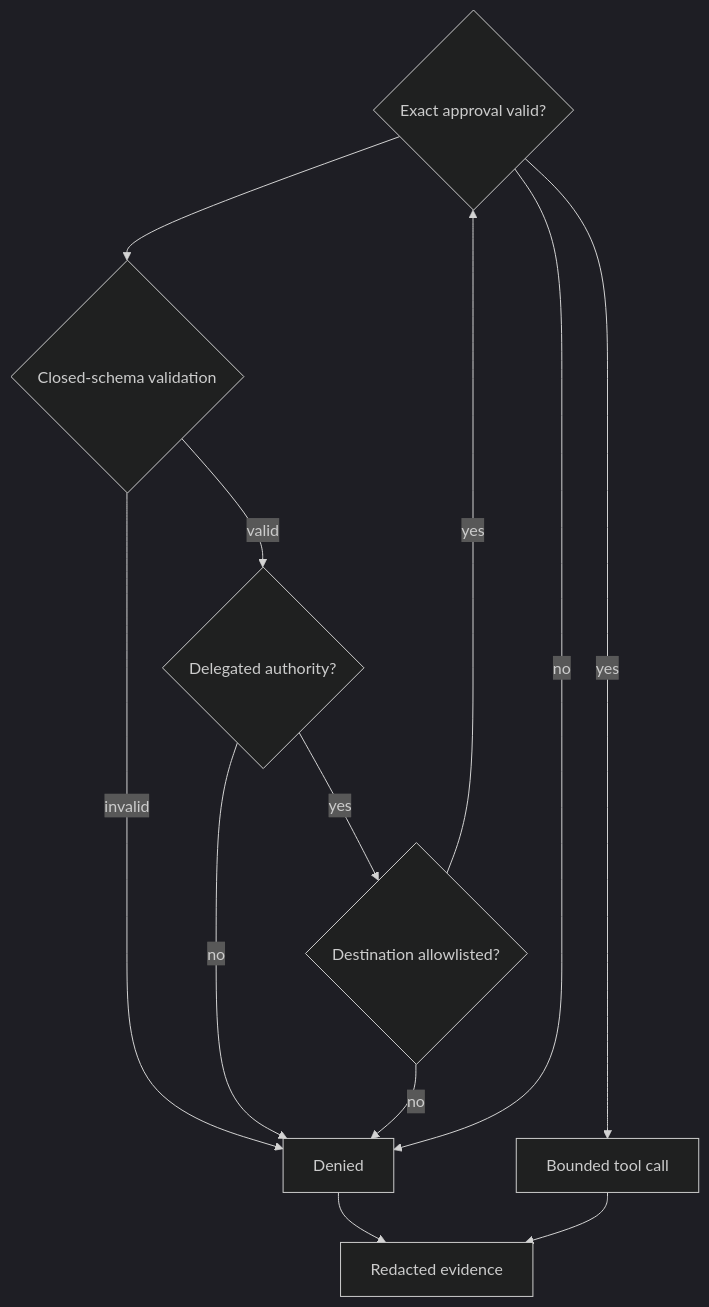
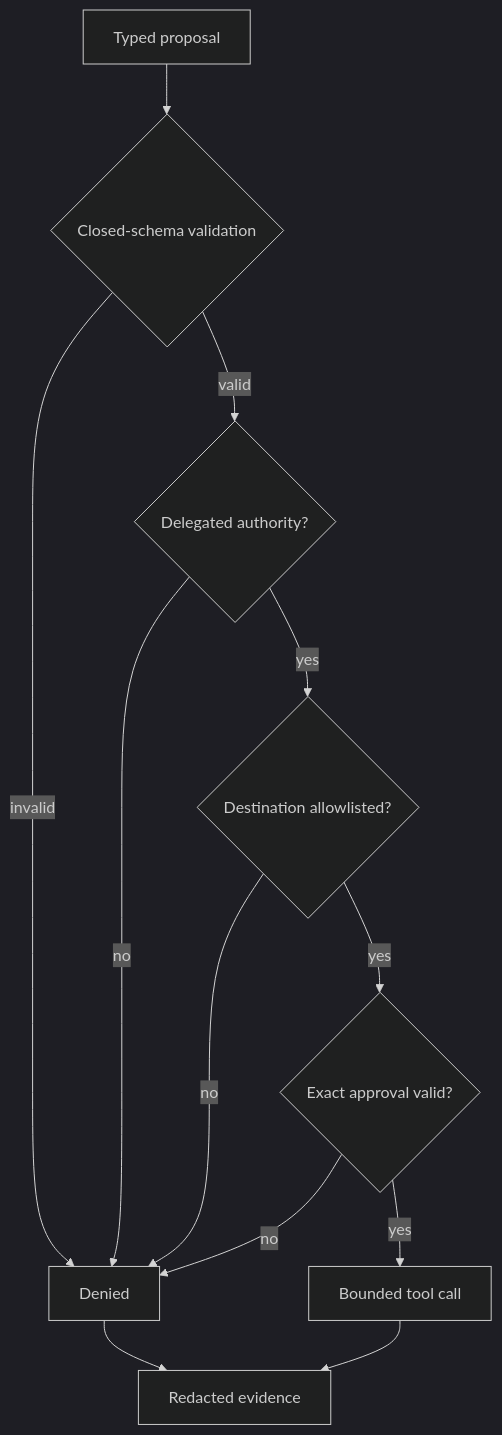
Before and after one commit to VikrantSingh01/Agentic_System_Design: the fourth of 5 diagrams in modules/06-security-safety-governance/chapters/24-threat-modeling-agentic-systems.md, drawn with Mermaid (dark theme). The commit also changed other lines of this file and 8 other files, not shown here.

````diff
--- a/modules/06-security-safety-governance/chapters/24-threat-modeling-agentic-systems.md
+++ b/modules/06-security-safety-governance/chapters/24-threat-modeling-agentic-systems.md
@@ -127,14 +127,14 @@
 ```mermaid
 flowchart TD
-    P[Typed proposal] --> V{Closed-schema validation}
+    TP[Typed proposal] --> V{Closed-schema validation}
     V -->|invalid| Z[Denied]
     V -->|valid| A{Delegated authority?}
     A -->|no| Z
     A -->|yes| G{Destination allowlisted?}
     G -->|no| Z
-    G -->|yes| P{Exact approval valid?}
-    P -->|no| Z
-    P -->|yes| T[Bounded tool call]
+    G -->|yes| AP{Exact approval valid?}
+    AP -->|no| Z
+    AP -->|yes| T[Bounded tool call]
     Z --> E[Redacted evidence]
     T --> E
 ```
````
